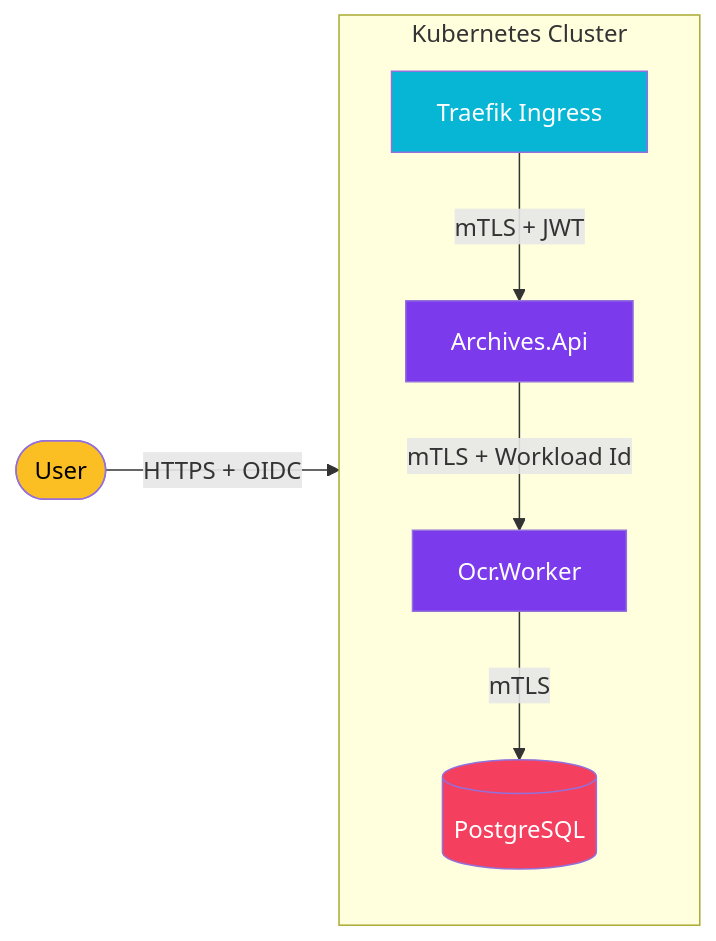
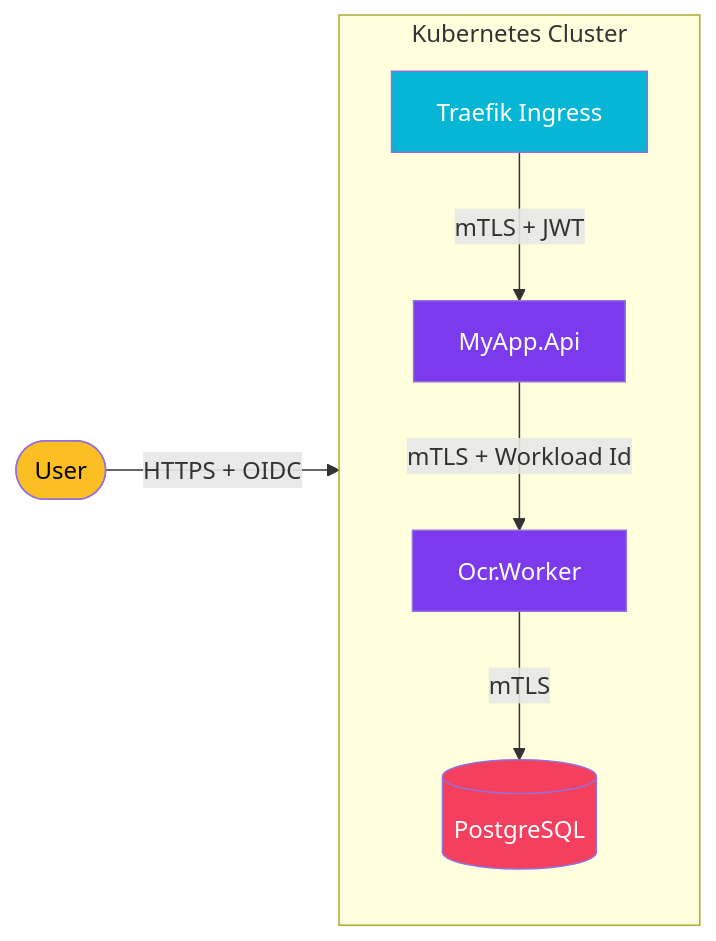
Before and after one commit to viktorrobin/bluerobin-blog: the diagram in src/content/blog/zero-trust-architecture-mtls-tokens-identity.mdx, drawn with Mermaid. The commit also changed other lines of this file and 111 other files, not shown here.

````diff
--- a/src/content/blog/zero-trust-architecture-mtls-tokens-identity.mdx
+++ b/src/content/blog/zero-trust-architecture-mtls-tokens-identity.mdx
@@ -43,27 +43,27 @@
 ```mermaid
 flowchart LR
     %% Styles
     classDef primary fill:#7c3aed,color:#fff
     classDef secondary fill:#06b6d4,color:#fff
     classDef db fill:#f43f5e,color:#fff
     classDef warning fill:#fbbf24,color:#000
 
     User([User]) -->|HTTPS + OIDC| Ingress[Traefik Ingress]
-    Ingress -->|mTLS + JWT| API[Archives.Api]
+    Ingress -->|mTLS + JWT| API[MyApp.Api]
     
     subgraph Cluster [Kubernetes Cluster]
         direction TB
         Ingress
         API
         Worker[Ocr.Worker]
         DB[(PostgreSQL)]
         
         API -->|mTLS + Workload Id| Worker
         Worker -->|mTLS| DB
     end
 
     class API,Worker primary
     class Ingress secondary
     class User warning
     class DB db
 ```
````
